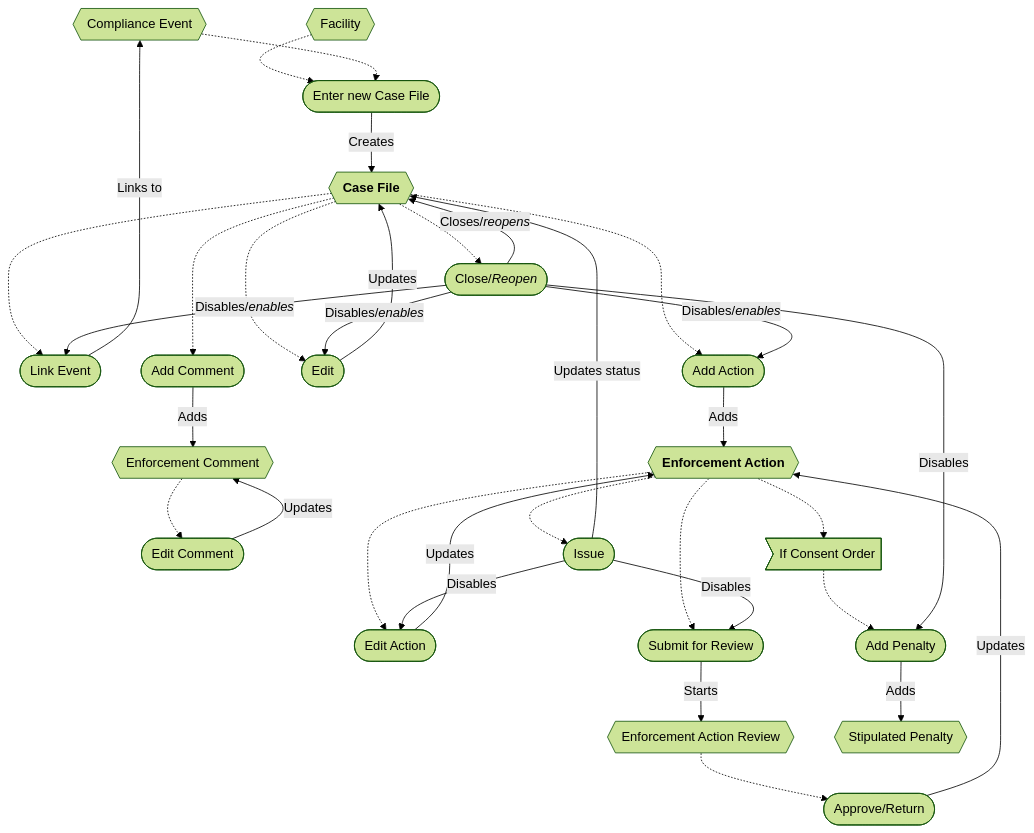
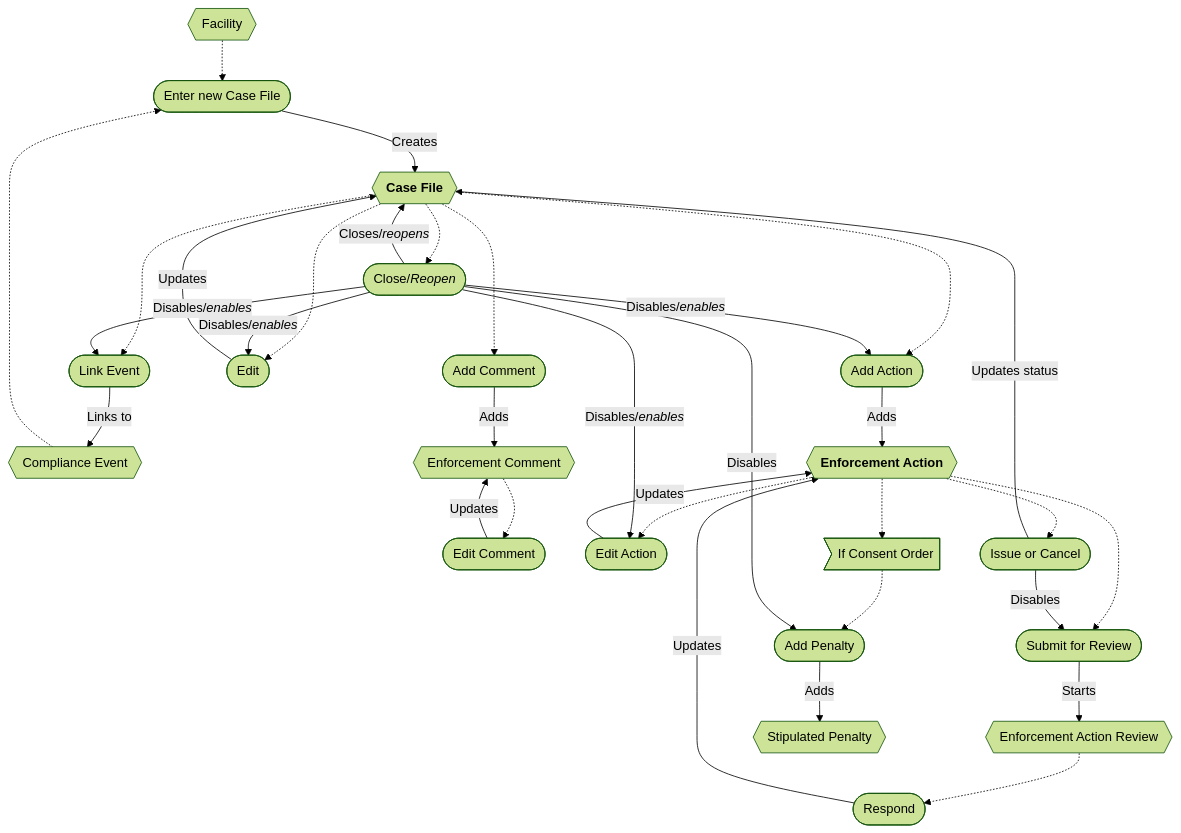
Before and after one commit to gaepdit/air-web: the first of 2 diagrams in docs/Workflows/Enforcement-workflow.md, drawn with Mermaid (forest theme). The commit also changed other lines of this file, not shown here.

Commit message:
Update enforcement action workflow

````diff
--- a/docs/Workflows/Enforcement-workflow.md
+++ b/docs/Workflows/Enforcement-workflow.md
@@ -53,55 +57,55 @@
 ```mermaid
 flowchart
+    FAC{{Facility}}
     EVT{{Compliance Event}}
-    FAC{{Facility}}
     ENF{{"`**Case File**`"}}
     CTE{{Enforcement Comment}}
     ACT{{"`**Enforcement Action**`"}}
     REV{{"Enforcement Action Review"}}
     STP{{Stipulated Penalty}}
     link([Link Event])
     add([Enter new Case File])
     comment([Add Comment])
     editEnf([Edit])
     addAction([Add Action])
     close(["`Close/*Reopen*`"])
     editComment([Edit Comment])
     editAction([Edit Action])
     review([Submit for Review])
-    respond([Approve/Return])
-    issue([Issue])
+    respond([Respond])
+    issue([Issue or Cancel])
     penalty([Add Penalty])
     IfCO>If Consent Order]
     FAC -.-> add
     ENF -.-> link
     EVT -.-> add
     ENF -.-> editEnf
     ENF -.-> close
     ENF -..-> comment
     ENF -.-> addAction
     CTE -.-> editComment
     ACT -.-> editAction
     ACT -.-> review
     ACT -.-> issue
     REV -.-> respond
     ACT -.-> IfCO -.-> penalty
     close -->|"`Disables/*enables*`"| addAction
     close -->|"`Disables/*enables*`"| editEnf
     close -->|"`Disables/*enables*`"| link
-    issue -->|Disables| editAction
+    close -->|"`Disables/*enables*`"| editAction
     issue -->|Disables| review
     add -->|Creates| ENF
     addAction -->|Adds| ACT
     close -->|"`Closes/*reopens*`"| ENF
     close -->|Disables| penalty
     comment -->|Adds| CTE
     editAction -->|Updates| ACT
     editComment -->|Updates| CTE
     editEnf -->|Updates| ENF
     issue -->|Updates status| ENF
     link -->|Links to| EVT
     penalty -->|Adds| STP
     respond -->|Updates| ACT
     review -->|Starts| REV
 
 ```
````
